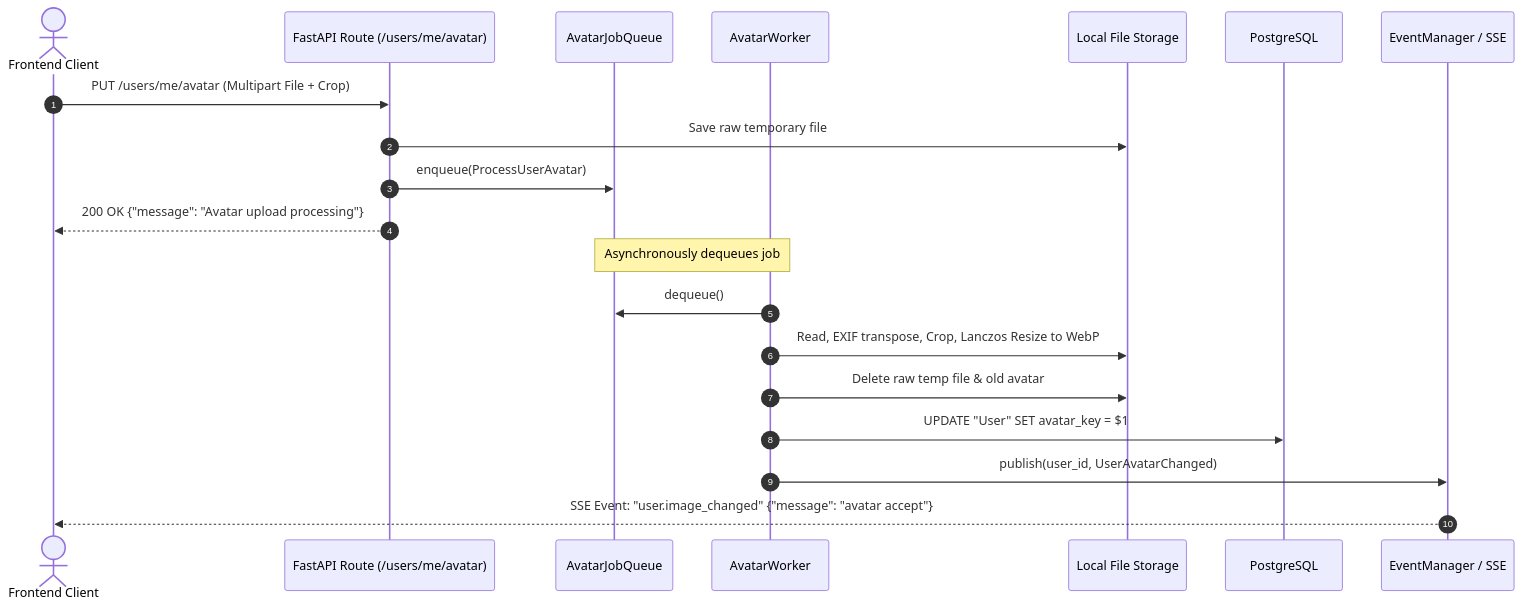
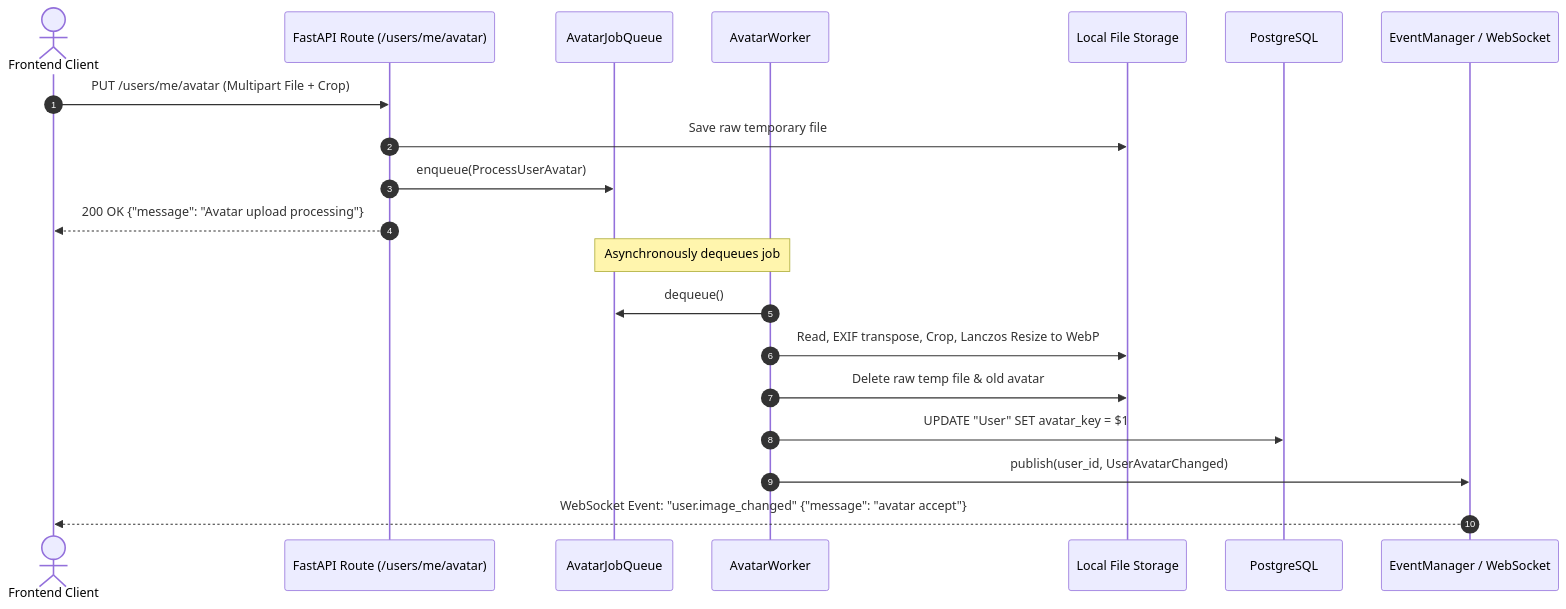
One commit to Krystof2ms/NutriUC-backend changed the second of 4 diagrams in docs/architecture.md. Above: the diagram before and after it, drawn with Mermaid. The commit also changed other lines of this file and 4 other files, not shown here.

````diff
--- a/docs/architecture.md
+++ b/docs/architecture.md
@@ -233,24 +239,24 @@
 ```mermaid
 sequenceDiagram
     autonumber
     actor Client as Frontend Client
     participant API as FastAPI Route (/users/me/avatar)
     participant Q as AvatarJobQueue
     participant Worker as AvatarWorker
     participant Disk as Local File Storage
     participant DB as PostgreSQL
-    participant SSE as EventManager / SSE
+    participant WebSocket as EventManager / WebSocket
 
     Client->>API: PUT /users/me/avatar (Multipart File + Crop)
     API->>Disk: Save raw temporary file
     API->>Q: enqueue(ProcessUserAvatar)
     API-->>Client: 200 OK {"message": "Avatar upload processing"}
 
     Note over Worker,Q: Asynchronously dequeues job
     Worker->>Q: dequeue()
     Worker->>Disk: Read, EXIF transpose, Crop, Lanczos Resize to WebP
     Worker->>Disk: Delete raw temp file & old avatar
     Worker->>DB: UPDATE "User" SET avatar_key = $1
-    Worker->>SSE: publish(user_id, UserAvatarChanged)
-    SSE-->>Client: SSE Event: "user.image_changed" {"message": "avatar accept"}
+    Worker->>WebSocket: publish(user_id, UserAvatarChanged)
+    WebSocket-->>Client: WebSocket Event: "user.image_changed" {"message": "avatar accept"}
 ```
````
